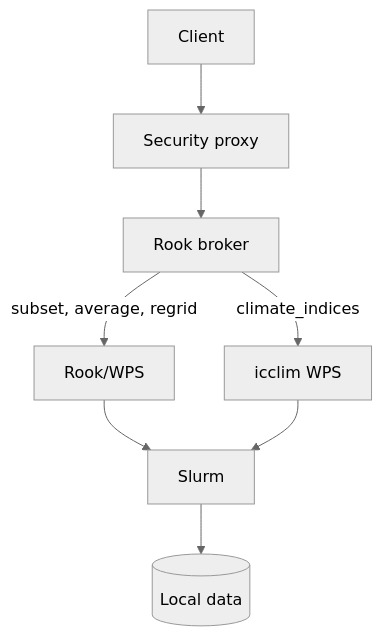
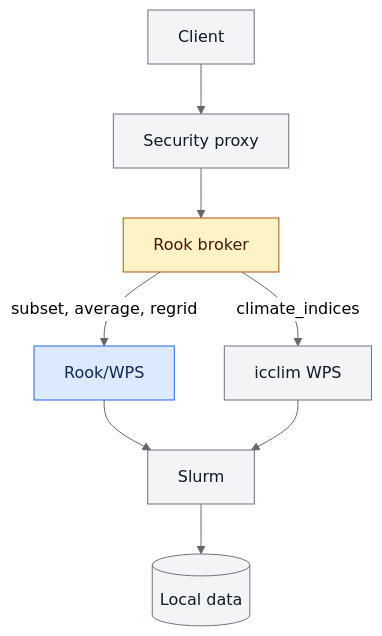
One commit to roocs/rook changed the tenth of 11 diagrams in Rook_WPS_ESGF2_talk_draft.md. Above: the diagram before and after it, drawn with Mermaid (neutral theme). The commit also changed other lines of this file and 12 other files, not shown here.

````diff
--- a/Rook_WPS_ESGF2_talk_draft.md
+++ b/Rook_WPS_ESGF2_talk_draft.md
@@ -372,10 +423,16 @@
 ```mermaid
 flowchart TD
     Client["Client"] --> Proxy["Security proxy"]
     Proxy --> Broker["Rook broker"]
     Broker -->|"subset, average, regrid"| Rook["Rook/WPS"]
     Broker -->|"climate_indices"| ICCLIM["icclim WPS"]
     Rook --> Slurm["Slurm"]
     ICCLIM --> Slurm
     Slurm --> Data[("Local data")]
+
+    classDef default fill:#f3f4f6,stroke:#6b7280,color:#111827
+    classDef new fill:#fef3c7,stroke:#b45309,color:#451a03
+    class Broker new
+    classDef rook fill:#dbeafe,stroke:#2563eb,color:#172554
+    class Rook rook
 ```
````
